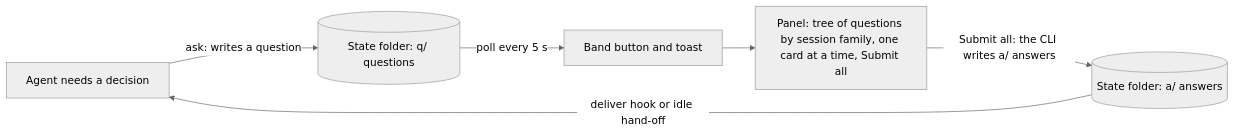
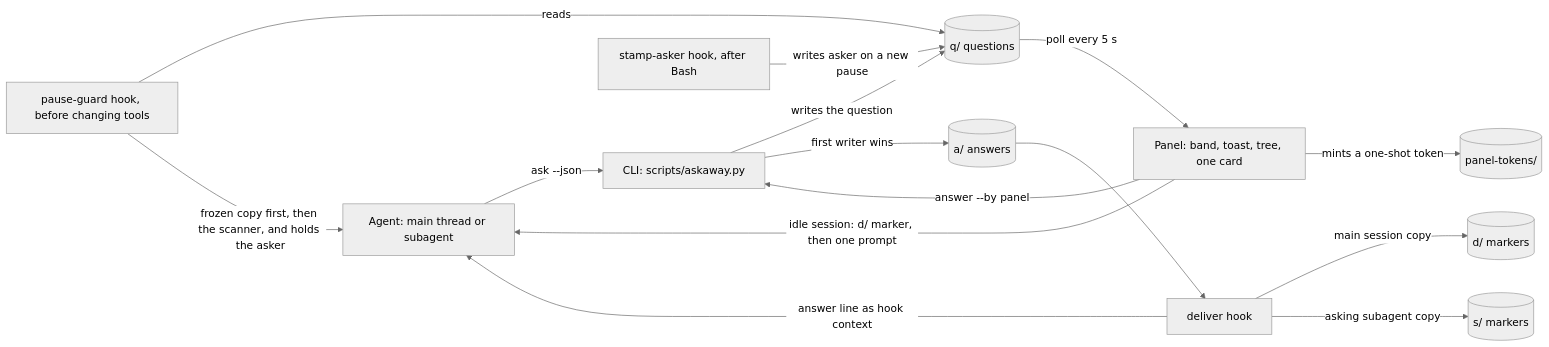
Before and after one commit to KeepGlide/askaway: the first of 2 diagrams in README.md, drawn with Mermaid (neutral theme). The commit also changed other lines of this file and 3 other files, not shown here.

````diff
--- a/README.md
+++ b/README.md
@@ -128,8 +131,17 @@
 ```mermaid
 flowchart LR
-    agent["Agent needs a decision"] -->|"ask: writes a question"| folder[("State folder: q/ questions")]
-    folder -->|"poll every 5 s"| band["Band button and toast"]
-    band --> panel["Panel: tree of questions by session family, one card at a time, Submit all"]
-    panel -->|"Submit all: the CLI writes a/ answers"| answers[("State folder: a/ answers")]
-    answers -->|"deliver hook or idle hand-off"| agent
+    agent["Agent: main thread or subagent"] -->|"ask --json"| cli["CLI: scripts/askaway.py"]
+    cli -->|"writes the question"| q[("q/ questions")]
+    stamp["stamp-asker hook, after Bash"] -->|"writes asker on a new pause"| q
+    guard["pause-guard hook, before changing tools"] -->|"reads"| q
+    guard -->|"frozen copy first, then the scanner, and holds the asker"| agent
+    q -->|"poll every 5 s"| panel["Panel: band, toast, tree, one card"]
+    panel -->|"mints a one-shot token"| tokens[("panel-tokens/")]
+    panel -->|"answer --by panel"| cli
+    cli -->|"first writer wins"| a[("a/ answers")]
+    a --> deliver["deliver hook"]
+    deliver -->|"main session copy"| d[("d/ markers")]
+    deliver -->|"asking subagent copy"| s[("s/ markers")]
+    deliver -->|"answer line as hook context"| agent
+    panel -->|"idle session: d/ marker, then one prompt"| agent
 ```
````
